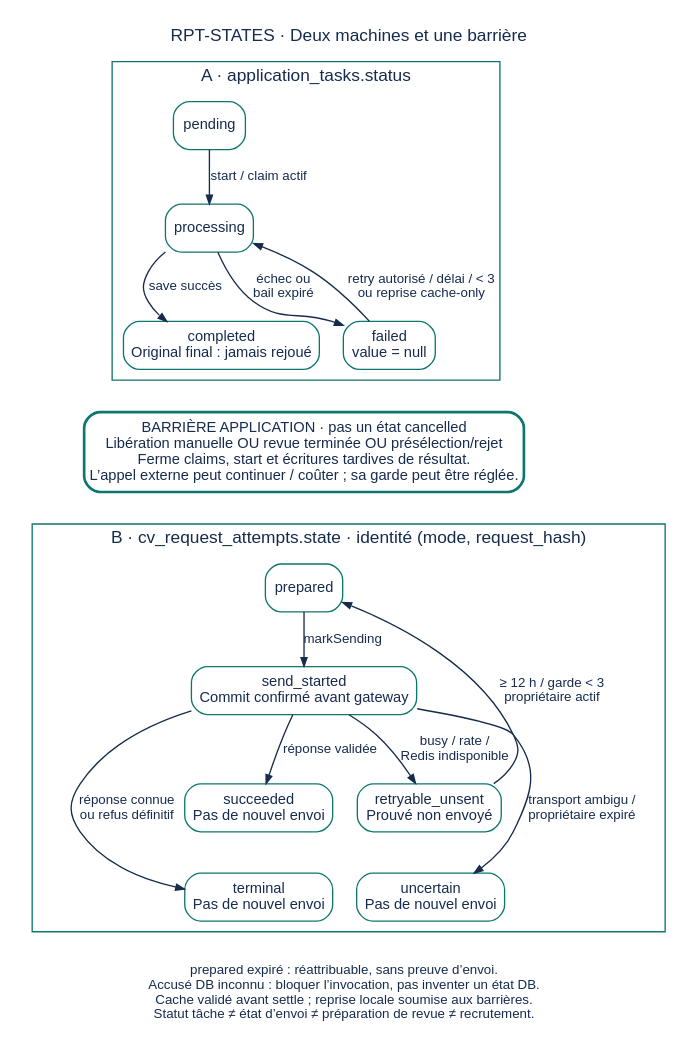
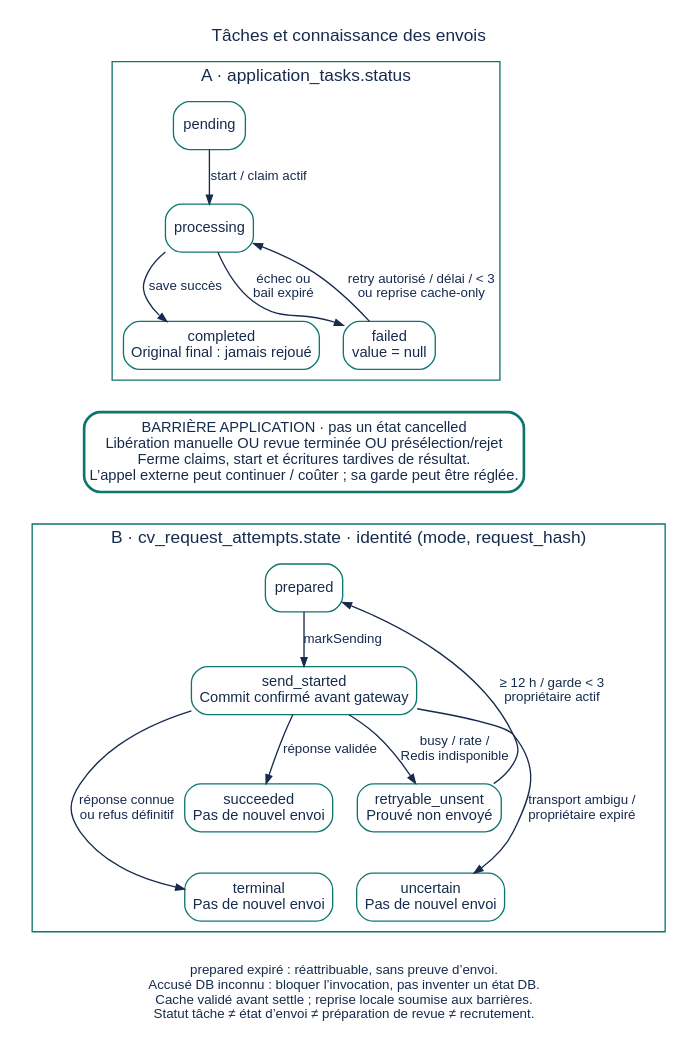
The diagram in presentation/report/diagrams/RPT-STATES.dot (abdelkarim-ayed/cap-recruitment), drawn with Graphviz before and after one commit. The commit also changed 48 other files, not shown here.

```diff
--- a/presentation/report/diagrams/RPT-STATES.dot
+++ b/presentation/report/diagrams/RPT-STATES.dot
@@ -1,47 +1,47 @@
 // Separate task status, durable request knowledge, and application closure fence.
 digraph States {
   graph [rankdir=TB, bgcolor="white", pad=0.12, nodesep=0.25, ranksep=0.4,
     fontname="Liberation Sans", fontsize=13, fontcolor="#172B4D",
-    label="RPT-STATES · Deux machines et une barrière", labelloc=t, compound=true];
+    label="Tâches et connaissance des envois", labelloc=t, compound=true];
   node [shape=box, style="rounded,filled", fillcolor="white", color="#0F766E",
     fontname="Liberation Sans", fontsize=11, fontcolor="#172B4D", margin="0.1,0.08"];
   edge [fontname="Liberation Sans", fontsize=10, color="#172B4D", fontcolor="#172B4D", arrowsize=0.65];
   subgraph cluster_task {
     label="A · application_tasks.status"; color="#0F766E";
     pending [label="pending"];
     processing [label="processing"];
     completed [label="completed\nOriginal final : jamais rejoué"];
     failed [label="failed\nvalue = null"];
     pending -> processing [label="start / claim actif"];
     processing -> completed [label="save succès"];
     processing -> failed [label="échec ou\nbail expiré"];
     failed -> processing [label="retry autorisé / délai / < 3\nou reprise cache-only", constraint=false];
     {rank=same; completed; failed;}
   }
   barrier [label="BARRIÈRE APPLICATION · pas un état cancelled\nLibération manuelle OU revue terminée OU présélection/rejet\nFerme claims, start et écritures tardives de résultat.\nL’appel externe peut continuer / coûter ; sa garde peut être réglée.", penwidth=2];
   completed -> barrier [style=invis];
   failed -> barrier [style=invis];
   subgraph cluster_attempt {
     label="B · cv_request_attempts.state · identité (mode, request_hash)"; color="#0F766E";
     prepared [label="prepared"];
     send [label="send_started\nCommit confirmé avant gateway"];
     succeeded [label="succeeded\nPas de nouvel envoi"];
     retry [label="retryable_unsent\nProuvé non envoyé"];
     terminal [label="terminal\nPas de nouvel envoi"];
     uncertain [label="uncertain\nPas de nouvel envoi"];
     prepared -> send [label="markSending"];
     send -> succeeded [label="réponse validée"];
     send -> retry [label="busy / rate /\nRedis indisponible"];
     send -> terminal [label="réponse connue\nou refus définitif"];
     send -> uncertain [label="transport ambigu /\npropriétaire expiré"];
     retry -> prepared [label="≥ 12 h / garde < 3\npropriétaire actif", constraint=false];
     {rank=same; succeeded; retry;}
     {rank=same; terminal; uncertain;}
     succeeded -> terminal [style=invis];
     retry -> uncertain [style=invis];
   }
   barrier -> prepared [style=invis];
   notes [shape=plain, fontsize=10, label="prepared expiré : réattribuable, sans preuve d’envoi.\nAccusé DB inconnu : bloquer l’invocation, pas inventer un état DB.\nCache validé avant settle ; reprise locale soumise aux barrières.\nStatut tâche ≠ état d’envoi ≠ préparation de revue ≠ recrutement."];
   terminal -> notes [style=invis];
   uncertain -> notes [style=invis];
 }
```
